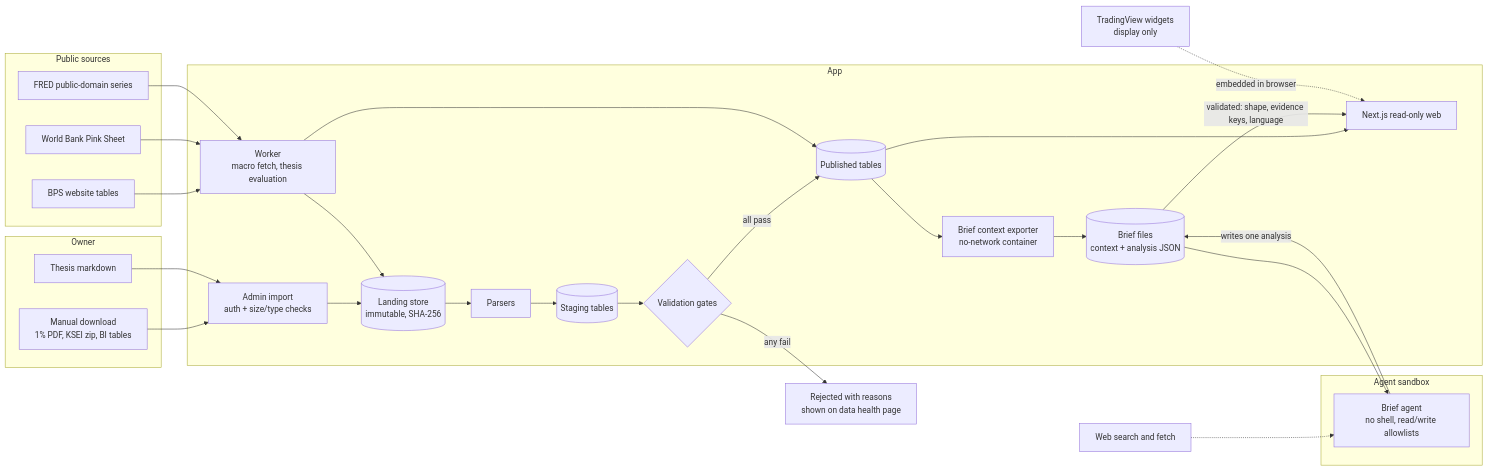
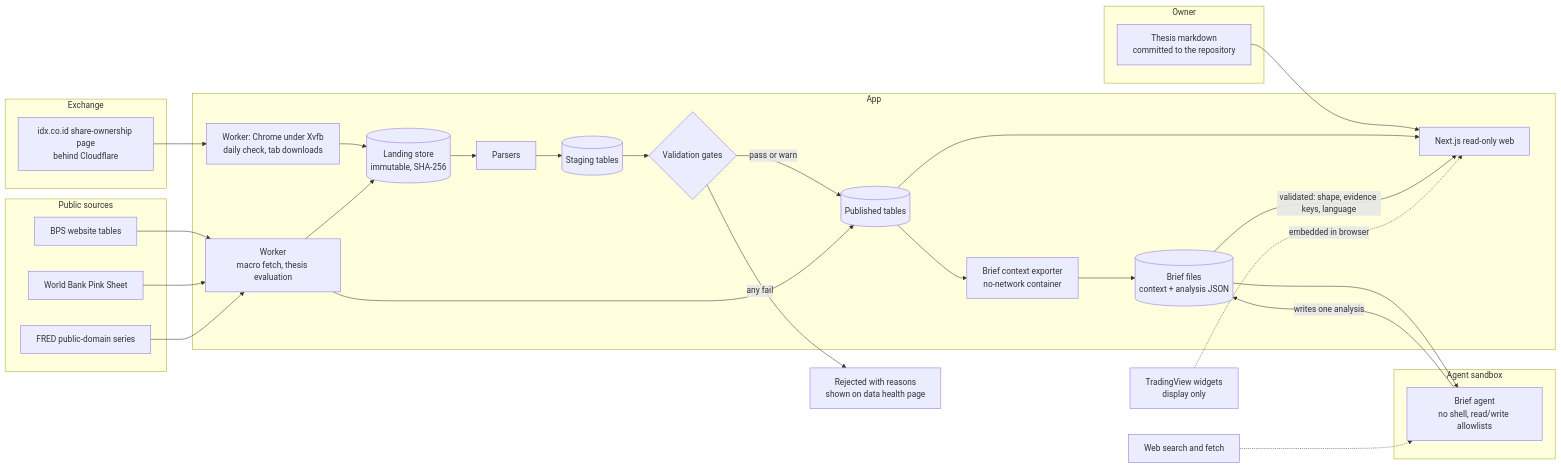
The diagram in docs/ARCHITECTURE.md (Azzamubaidillah/sigi), drawn with Mermaid before and after one commit. The commit also changed other lines of this file and 72 other files, not shown here.

````diff
--- a/docs/ARCHITECTURE.md
+++ b/docs/ARCHITECTURE.md
@@ -7,45 +7,47 @@
 ```mermaid
 flowchart LR
   subgraph Owner
-    DL[Manual download<br/>1% PDF, KSEI zip, BI tables]
-    TW[Thesis markdown]
+    TW[Thesis markdown<br/>committed to the repository]
+  end
+  subgraph Exchange
+    IDX[idx.co.id share-ownership page<br/>behind Cloudflare]
   end
   subgraph App
-    UP[Admin import<br/>auth + size/type checks]
+    FW[Worker: Chrome under Xvfb<br/>daily check, tab downloads]
     LZ[(Landing store<br/>immutable, SHA-256)]
     PR[Parsers]
     ST[(Staging tables)]
     G{Validation gates}
     PUB[(Published tables)]
     WK[Worker<br/>macro fetch, thesis evaluation]
     WEB[Next.js read-only web]
     CX[Brief context exporter<br/>no-network container]
     AF[(Brief files<br/>context + analysis JSON)]
   end
   subgraph Agent sandbox
     AG[Brief agent<br/>no shell, read/write allowlists]
   end
   subgraph Public sources
     BPS[BPS website tables]
     WB[World Bank Pink Sheet]
     FRED[FRED public-domain series]
   end
   TVW[TradingView widgets<br/>display only]
 
-  DL --> UP --> LZ --> PR --> ST --> G
-  G -- all pass --> PUB
+  IDX --> FW --> LZ --> PR --> ST --> G
+  G -- pass or warn --> PUB
   G -- any fail --> X[Rejected with reasons<br/>shown on data health page]
   BPS --> WK
   WB --> WK
   FRED --> WK
   WK --> LZ
-  TW --> UP
+  TW --> WEB
   PUB --> WEB
   WK --> PUB
   PUB --> CX --> AF
   AF --> AG
   AG -- writes one analysis --> AF
   WS[Web search and fetch] -.-> AG
   AF -- validated: shape, evidence keys, language --> WEB
   TVW -. embedded in browser .-> WEB
 ```
````
